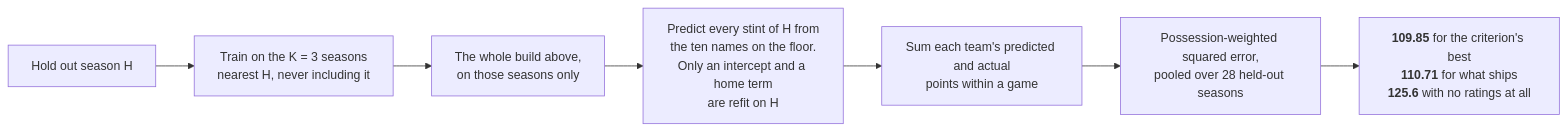
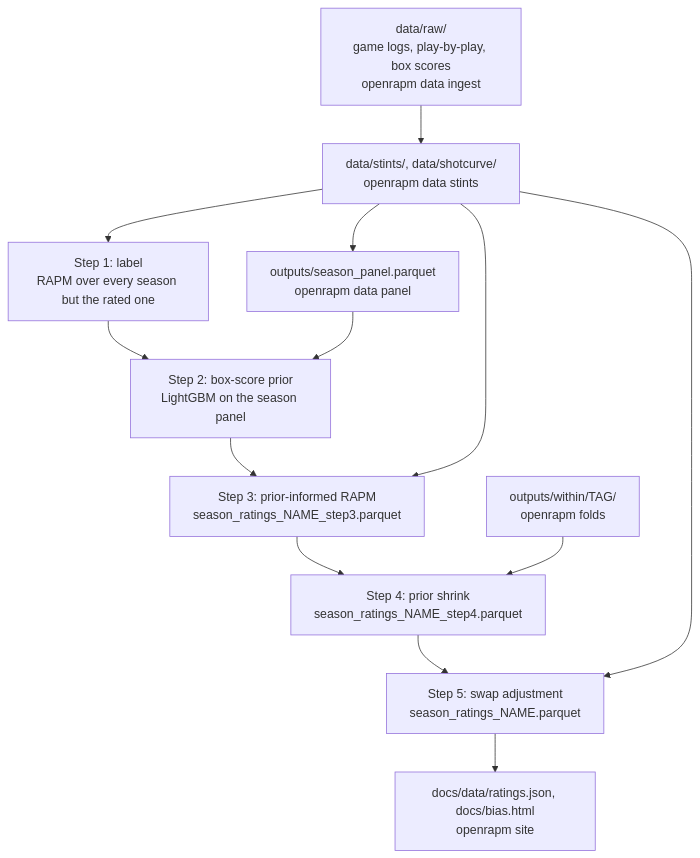
One commit to bbstats/openrapm changed the diagram in PIPELINE.md. Above: the diagram before and after it, drawn with Mermaid. The commit also changed other lines of this file and 58 other files, not shown here.

````diff
--- a/PIPELINE.md
+++ b/PIPELINE.md
@@ -183,9 +16,15 @@
 ```mermaid
-flowchart LR
-    H["Hold out season H"] --> TR["Train on the K = 3 seasons<br/>nearest H, never including it"]
-    TR --> FIT["The whole build above,<br/>on those seasons only"]
-    FIT --> PRED["Predict every stint of H from<br/>the ten names on the floor.<br/>Only an intercept and a home term<br/>are refit on H"]
-    PRED --> AGG["Sum each team's predicted and actual<br/>points within a game"]
-    AGG --> SC["Possession-weighted squared error,<br/>pooled over 28 held-out seasons"]
-    SC --> N["<b>109.85</b> for the criterion's best<br/><b>110.71</b> for what ships<br/><b>125.6</b> with no ratings at all"]
+flowchart TD
+    RAW["data/raw/<br/>game logs, play-by-play, box scores<br/>openrapm data ingest"] --> ST["data/stints/, data/shotcurve/<br/>openrapm data stints"]
+    ST --> PAN["outputs/season_panel.parquet<br/>openrapm data panel"]
+    ST --> S1["Step 1: label<br/>RAPM over every season but the rated one"]
+    S1 --> S2["Step 2: box-score prior<br/>LightGBM on the season panel"]
+    PAN --> S2
+    S2 --> S3["Step 3: prior-informed RAPM<br/>season_ratings_NAME_step3.parquet"]
+    ST --> S3
+    S3 --> S4["Step 4: prior shrink<br/>season_ratings_NAME_step4.parquet"]
+    FO["outputs/within/TAG/<br/>openrapm folds"] --> S4
+    S4 --> S5["Step 5: swap adjustment<br/>season_ratings_NAME.parquet"]
+    ST --> S5
+    S5 --> SITE["docs/data/ratings.json, docs/bias.html<br/>openrapm site"]
 ```
````
